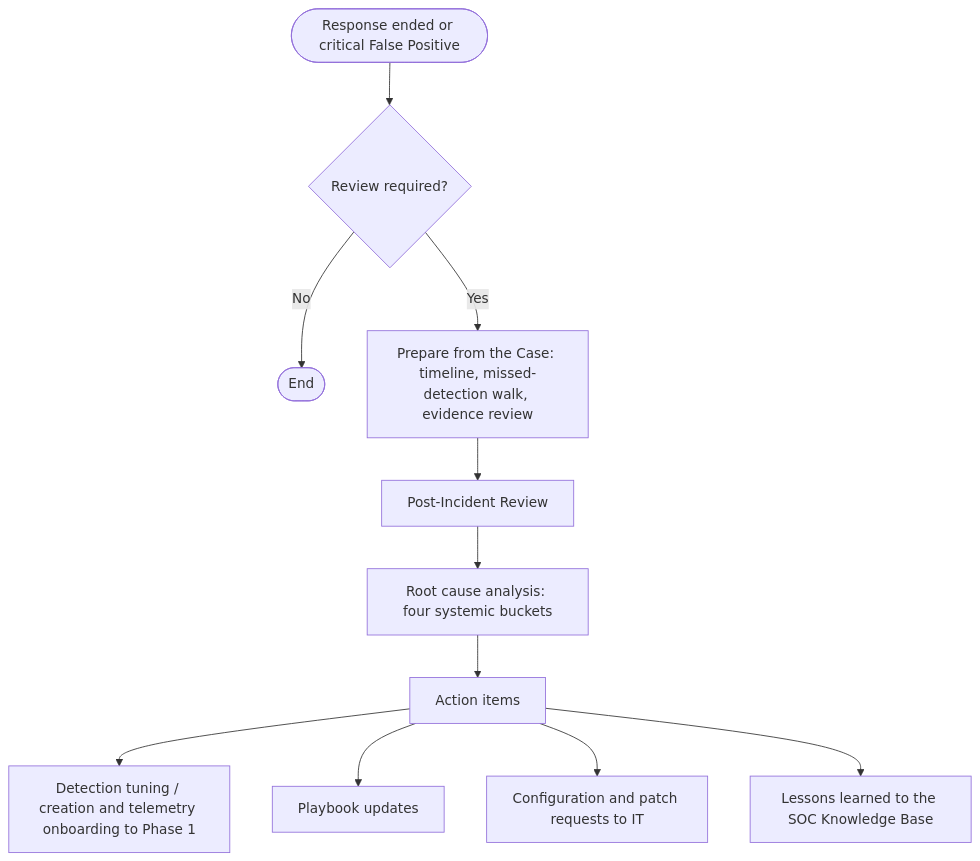
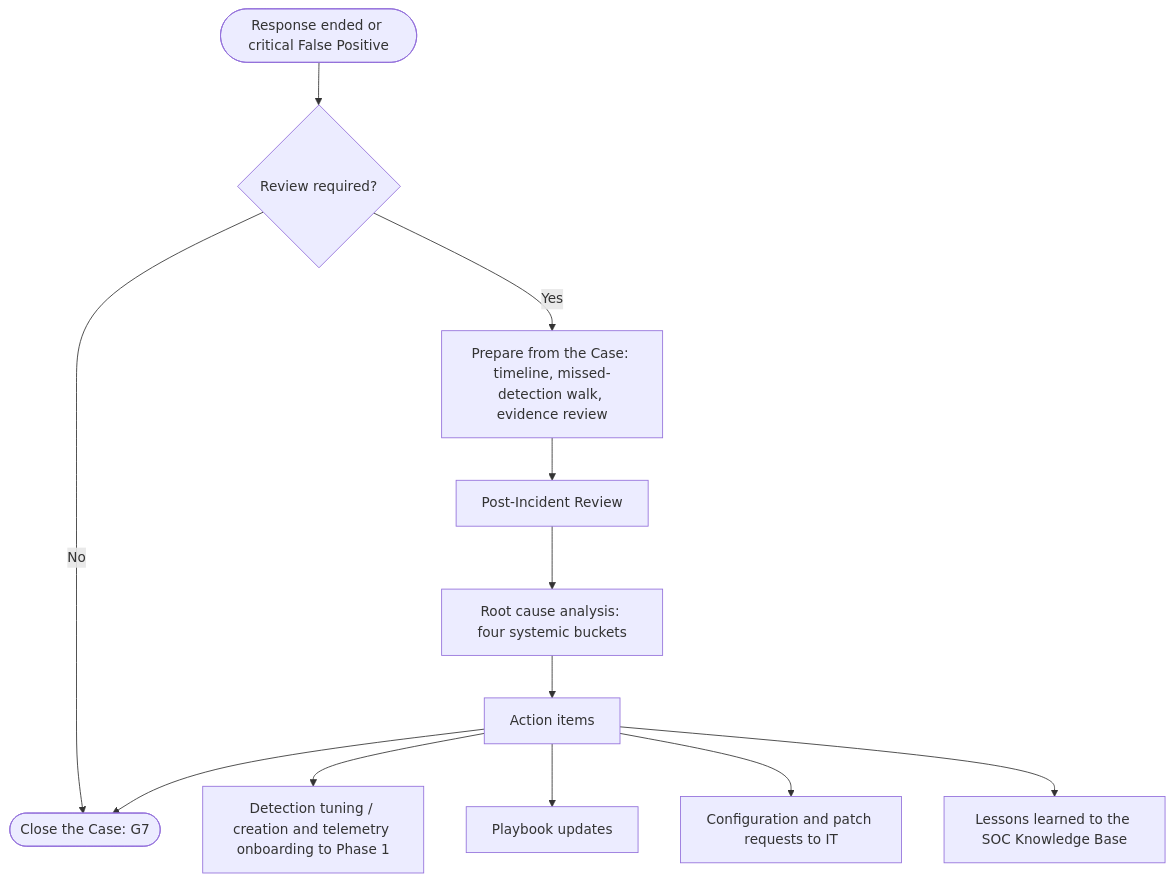
Before and after one commit to ZeroSOC/zerosoc-framework: the diagram in 03-Processes/04-post_incident_activity.md, drawn with Mermaid. The commit also changed other lines of this file and 8 other files, not shown here.

````diff
--- a/03-Processes/04-post_incident_activity.md
+++ b/03-Processes/04-post_incident_activity.md
@@ -26,13 +26,14 @@
 ```mermaid
 graph TD
     Start([Response ended or critical False Positive]) --> Criteria{Review required?}
-    Criteria -->|No| EndNode([End])
+    Criteria -->|No| Close([Close the Case: G7])
     Criteria -->|Yes| Prep[Prepare from the Case: timeline, missed-detection walk, evidence review]
     Prep --> Review[Post-Incident Review]
     Review --> RCA[Root cause analysis: four systemic buckets]
     RCA --> Items[Action items]
     Items --> P1[Detection tuning / creation and telemetry onboarding to Phase 1]
     Items --> PB[Playbook updates]
     Items --> IT[Configuration and patch requests to IT]
     Items --> KB[Lessons learned to the SOC Knowledge Base]
+    Items --> Close
 ```
````
